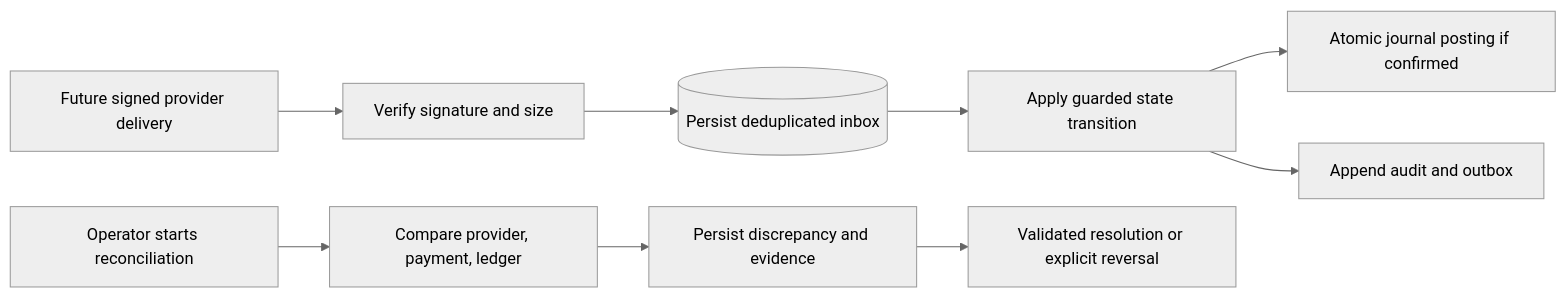
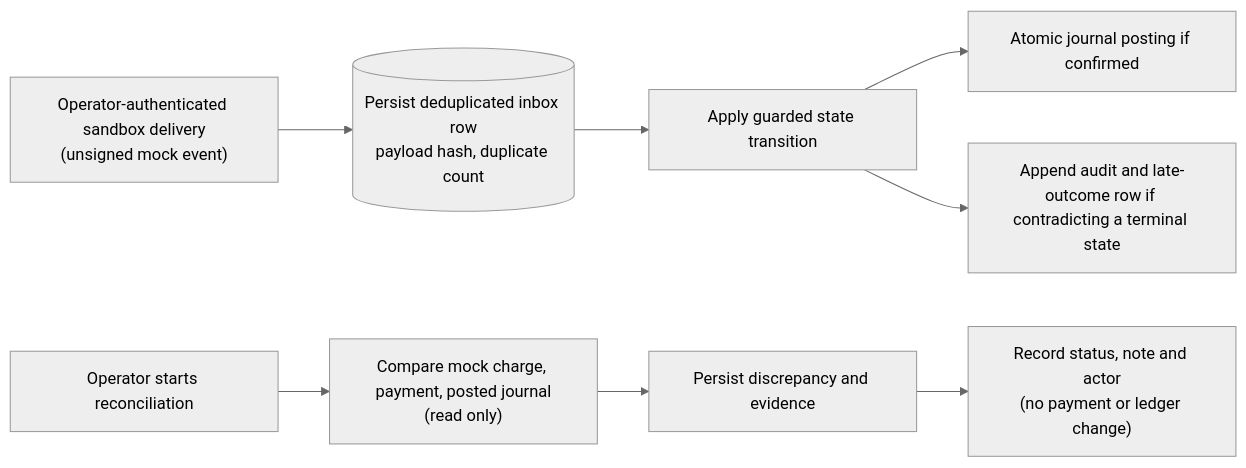
Before and after one commit to bibekgupta3333/payment-orchestration-railvanta: the sixth of 6 diagrams in docs/backend/flows.md, drawn with Mermaid (neutral theme). The commit also changed other lines of this file and 3 other files, not shown here.

Commit message:
Sync reference schema and backend docs with implemented behavior

````diff
--- a/docs/backend/flows.md
+++ b/docs/backend/flows.md
@@ -199,11 +199,10 @@
 ```mermaid
 flowchart LR
-    Delivery[Future signed provider delivery] --> Verify[Verify signature and size]
-    Verify --> Inbox[(Persist deduplicated inbox)]
+    Delivery["Operator-authenticated sandbox delivery<br/>(unsigned mock event)"] --> Inbox[("Persist deduplicated inbox row<br/>payload hash, duplicate count")]
     Inbox --> Apply[Apply guarded state transition]
     Apply --> Ledger[Atomic journal posting if confirmed]
-    Apply --> Audit[Append audit and outbox]
-    Trigger[Operator starts reconciliation] --> Compare[Compare provider, payment, ledger]
+    Apply --> Audit[Append audit and late-outcome row if contradicting a terminal state]
+    Trigger[Operator starts reconciliation] --> Compare["Compare mock charge, payment, posted journal<br/>(read only)"]
     Compare --> Evidence[Persist discrepancy and evidence]
-    Evidence --> Resolution[Validated resolution or explicit reversal]
+    Evidence --> Resolution["Record status, note and actor<br/>(no payment or ledger change)"]
 ```
````
